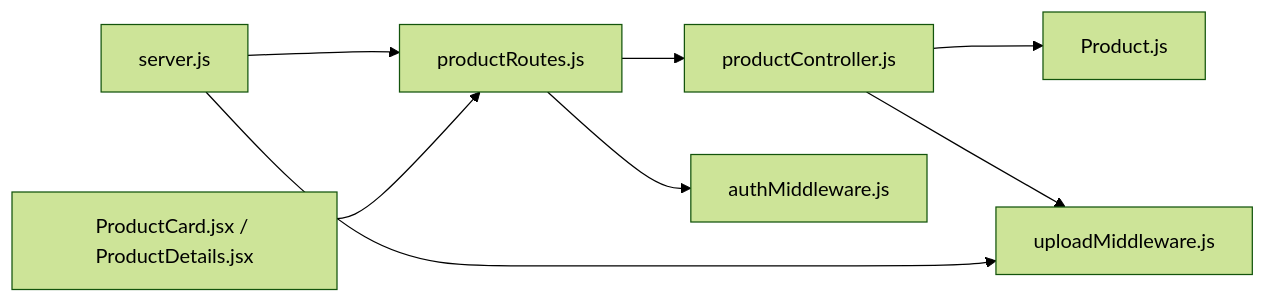
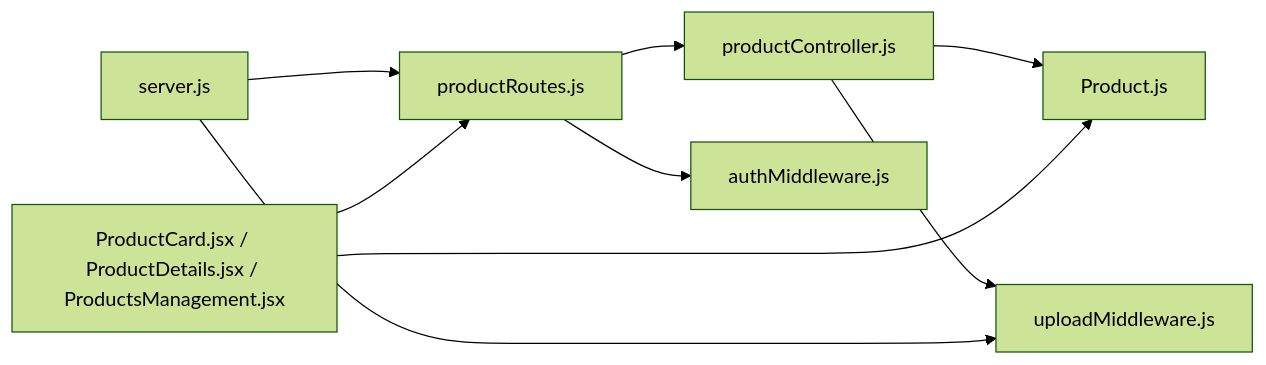
One commit to Pavan-PSPK9032/TrendsandToss changed the ninth of 9 diagrams in .qoder/repowiki/en/content/Database Schemas & Models/Product Model.md. Above: the diagram before and after it, drawn with Mermaid (forest theme). The commit also changed other lines of this file and 24 other files, not shown here.

````diff
--- a/.qoder/repowiki/en/content/Database Schemas & Models/Product Model.md
+++ b/.qoder/repowiki/en/content/Database Schemas & Models/Product Model.md
@@ -383,10 +437,11 @@
 ```mermaid
 graph LR
 Routes["productRoutes.js"] --> Controller["productController.js"]
 Controller --> Model["Product.js"]
 Controller --> Upload["uploadMiddleware.js"]
 Routes --> Auth["authMiddleware.js"]
 Server["server.js"] --> Routes
 Server --> Upload
-Frontend["ProductCard.jsx / ProductDetails.jsx"] --> Routes
+Frontend["ProductCard.jsx / ProductDetails.jsx / ProductsManagement.jsx"] --> Routes
+Frontend --> Model
 ```
````
